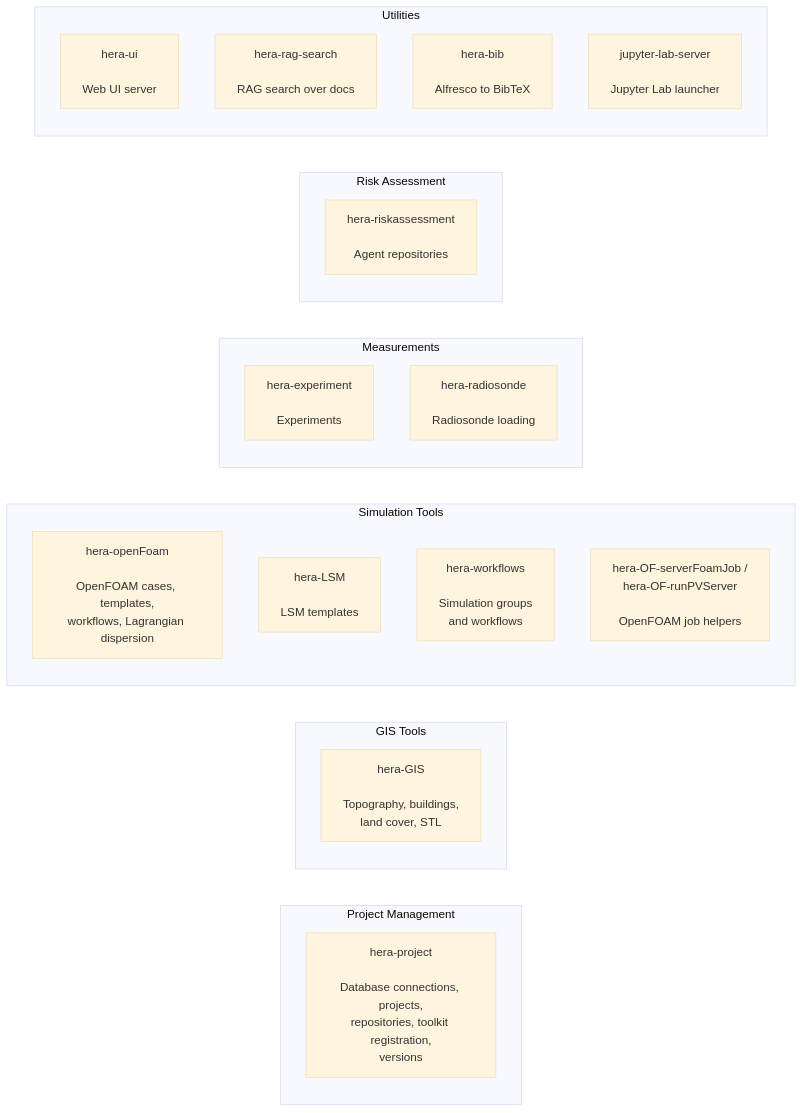
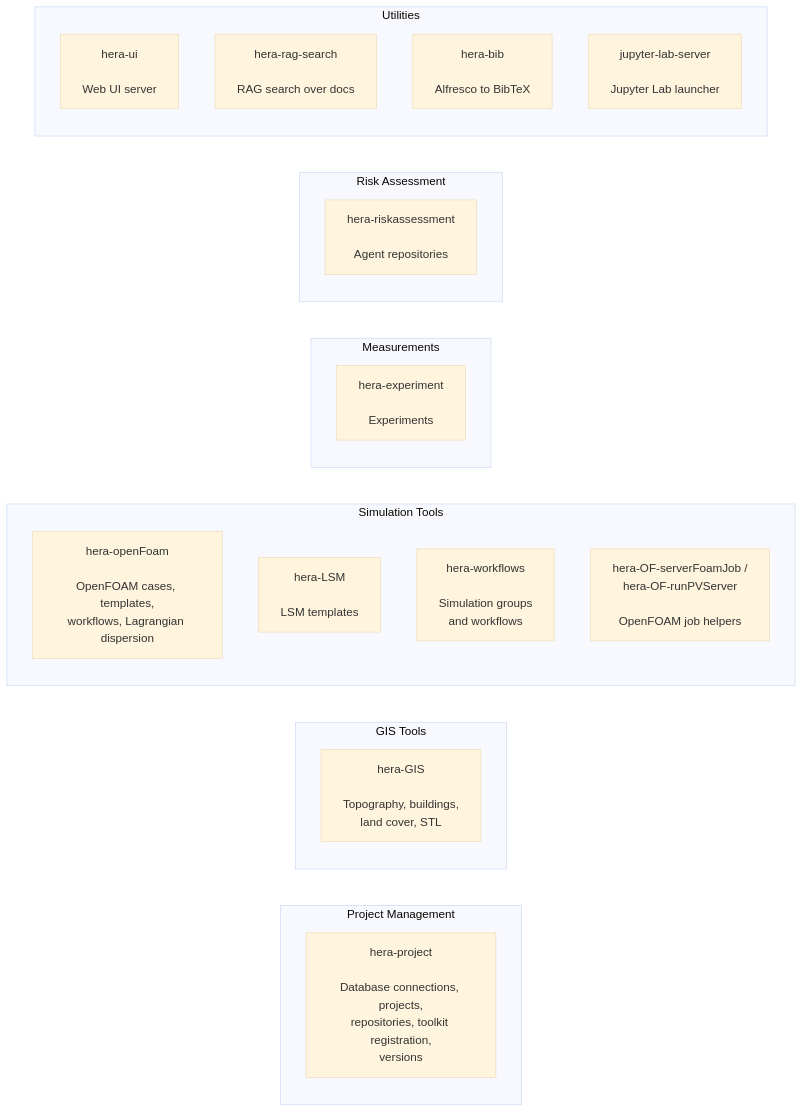
One commit to KaplanOpenSource/hera changed the diagram in docs/cli/reference.md. Above: the diagram before and after it, drawn with Mermaid (base theme). The commit also changed other lines of this file and 5 other files, not shown here.

First line of the commit message:
chore: remove radiosonde.py and the hera-radiosonde CLI

````diff
--- a/docs/cli/reference.md
+++ b/docs/cli/reference.md
@@ -14,39 +14,38 @@
 ```mermaid
 flowchart LR
     subgraph ProjectMgmt ["Project Management"]
         direction TB
         HeraProject["hera-project\n\nDatabase connections, projects,\nrepositories, toolkit registration,\nversions"]
     end
 
     subgraph GISTools ["GIS Tools"]
         direction TB
         HeraGIS["hera-GIS\n\nTopography, buildings,\nland cover, STL"]
     end
 
     subgraph SimTools ["Simulation Tools"]
         direction TB
         HeraOF["hera-openFoam\n\nOpenFOAM cases, templates,\nworkflows, Lagrangian dispersion"]
         HeraLSM["hera-LSM\n\nLSM templates"]
         HeraWorkflows["hera-workflows\n\nSimulation groups\nand workflows"]
         HeraFoamJob["hera-OF-serverFoamJob /\nhera-OF-runPVServer\n\nOpenFOAM job helpers"]
     end
 
     subgraph DataTools ["Measurements"]
         direction TB
         HeraExp["hera-experiment\n\nExperiments"]
-        HeraRadio["hera-radiosonde\n\nRadiosonde loading"]
     end
 
     subgraph RiskTools ["Risk Assessment"]
         direction TB
         HeraRisk["hera-riskassessment\n\nAgent repositories"]
     end
 
     subgraph Utility ["Utilities"]
         direction TB
         HeraUI["hera-ui\n\nWeb UI server"]
         HeraRag["hera-rag-search\n\nRAG search over docs"]
         HeraBib["hera-bib\n\nAlfresco to BibTeX"]
         JupyterLab["jupyter-lab-server\n\nJupyter Lab launcher"]
     end
 ```
````
